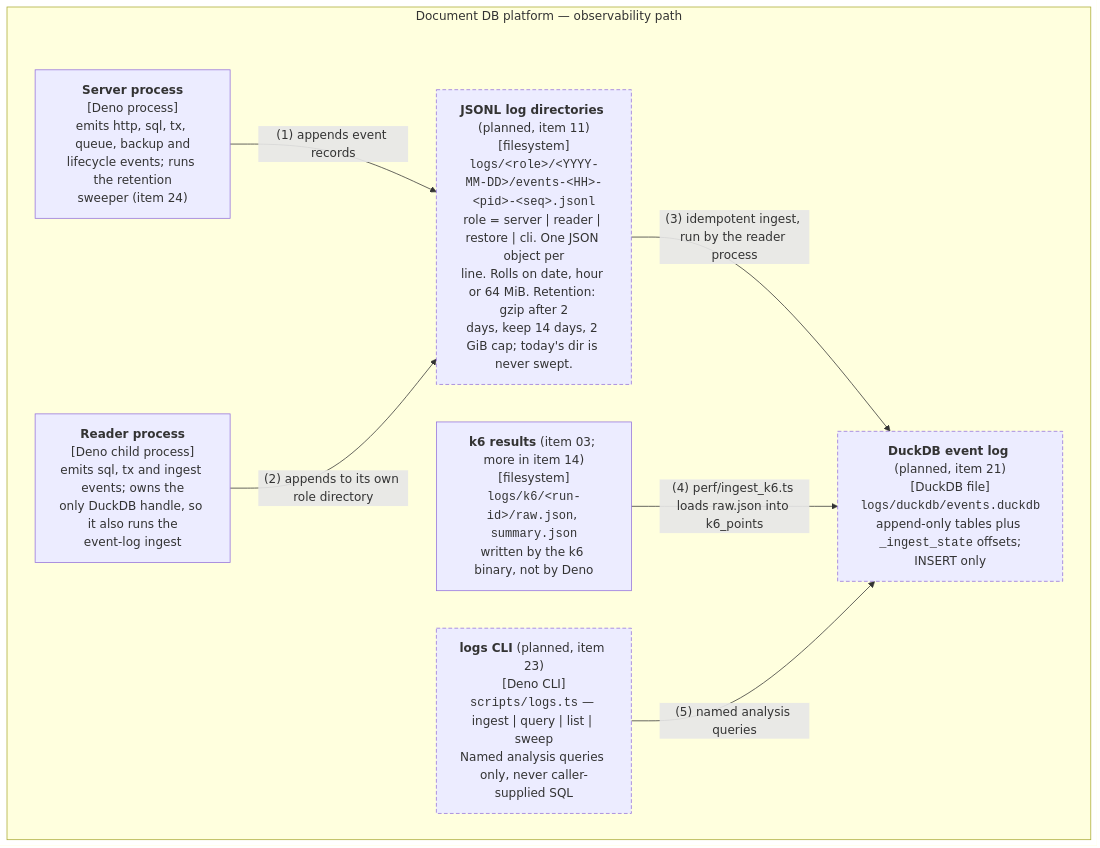
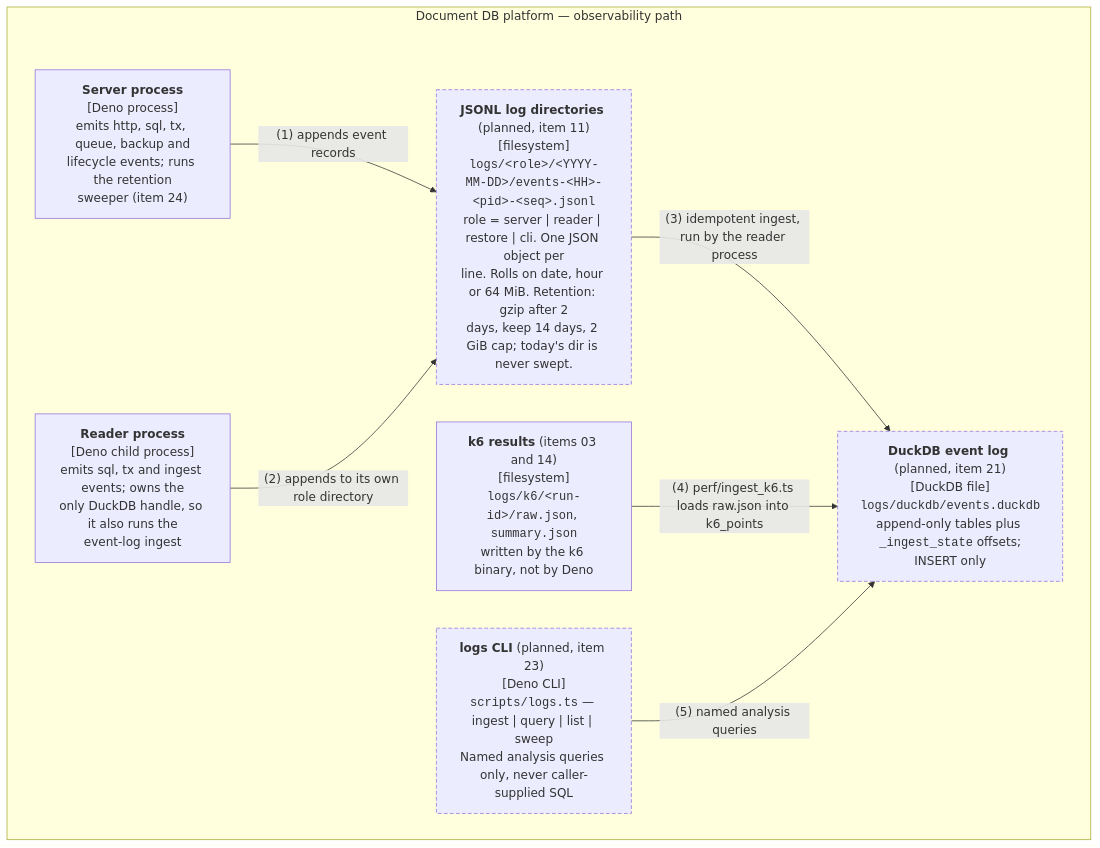
The diagram in docs/architecture/c4-container-observability.github.md (nickstrad/ts-db), drawn with Mermaid before and after one commit. The commit also changed 5 other files, not shown here.

Commit message:
docs: update C4 diagrams for item 14

````diff
--- a/docs/architecture/c4-container-observability.github.md
+++ b/docs/architecture/c4-container-observability.github.md
@@ -20,20 +20,20 @@
 ```mermaid
 flowchart TB
     subgraph host["Document DB platform — observability path"]
         server["<b>Server process</b><br/>[Deno process]<br/>emits http, sql, tx, queue, backup and<br/>lifecycle events; runs the retention<br/>sweeper (item 24)"]
         reader["<b>Reader process</b><br/>[Deno child process]<br/>emits sql, tx and ingest events; owns the<br/>only DuckDB handle, so it also runs the<br/>event-log ingest"]
         jsonl["<b>JSONL log directories</b> (planned, item 11)<br/>[filesystem]<br/><code>logs/&lt;role&gt;/&lt;YYYY-MM-DD&gt;/events-&lt;HH&gt;-&lt;pid&gt;-&lt;seq&gt;.jsonl</code><br/>role = server | reader | restore | cli. One JSON object per<br/>line. Rolls on date, hour or 64 MiB. Retention: gzip after 2<br/>days, keep 14 days, 2 GiB cap; today's dir is never swept."]
-        k6["<b>k6 results</b> (item 03; more in item 14)<br/>[filesystem]<br/><code>logs/k6/&lt;run-id&gt;/raw.json</code>, <code>summary.json</code><br/>written by the k6 binary, not by Deno"]
+        k6["<b>k6 results</b> (items 03 and 14)<br/>[filesystem]<br/><code>logs/k6/&lt;run-id&gt;/raw.json</code>, <code>summary.json</code><br/>written by the k6 binary, not by Deno"]
         duck["<b>DuckDB event log</b> (planned, item 21)<br/>[DuckDB file]<br/><code>logs/duckdb/events.duckdb</code><br/>append-only tables plus <code>_ingest_state</code> offsets;<br/>INSERT only"]
         cli["<b>logs CLI</b> (planned, item 23)<br/>[Deno CLI]<br/><code>scripts/logs.ts</code> — ingest | query | list | sweep<br/>Named analysis queries only, never caller-supplied SQL"]
     end
 
     server -->|"(1) appends event records"| jsonl
     reader -->|"(2) appends to its own role directory"| jsonl
     jsonl -->|"(3) idempotent ingest, run by the reader process"| duck
     k6 -->|"(4) perf/ingest_k6.ts loads raw.json into k6_points"| duck
     cli -->|"(5) named analysis queries"| duck
 
     classDef planned stroke-dasharray: 5 3
     class jsonl,duck,cli planned
 ```
````
